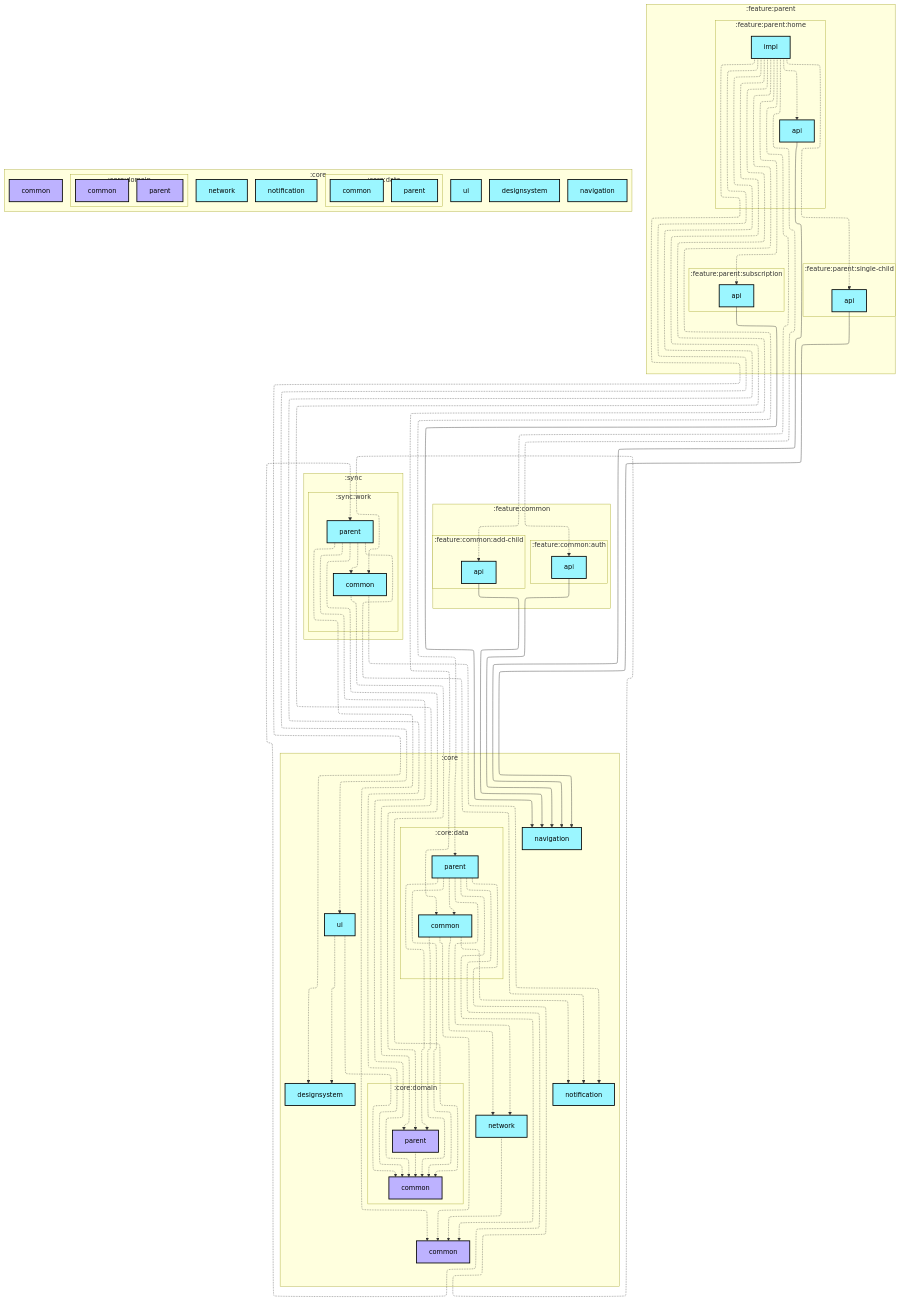
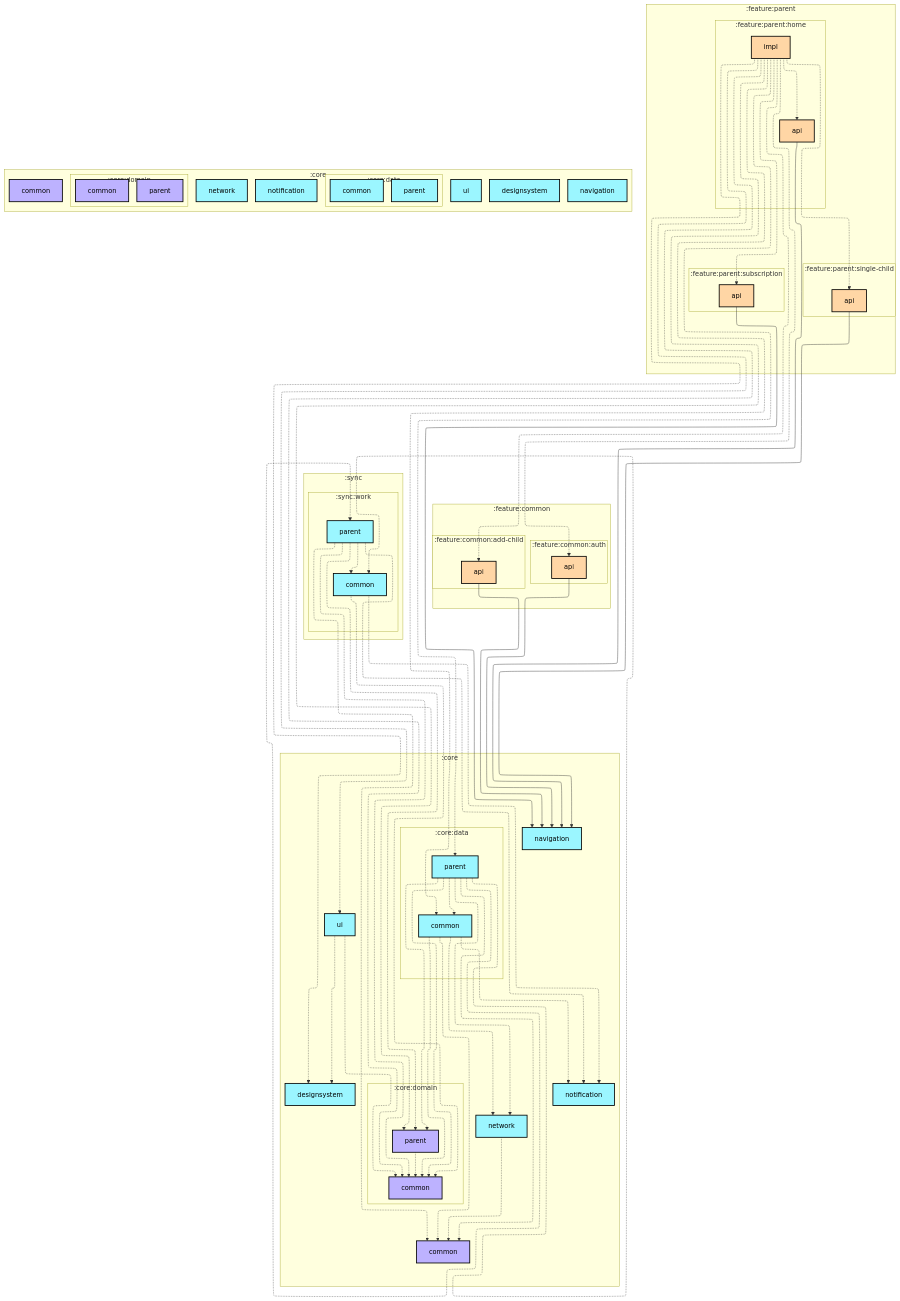
The first of 2 diagrams in architecture/ParentalControlApps/feature/parent/home/impl/README.md (jadavchirag/jadavchirag), drawn with Mermaid before and after one commit. The commit also changed 26 other files, not shown here.

Commit message:
fixed feature module colors in graphs

```diff
--- a/architecture/ParentalControlApps/feature/parent/home/impl/README.md
+++ b/architecture/ParentalControlApps/feature/parent/home/impl/README.md
@@ -15,16 +15,16 @@
     direction TB
     subgraph :feature:parent:home
       direction TB
-      :feature:parent:home:api[api]:::android-library
-      :feature:parent:home:impl[impl]:::android-library
+      :feature:parent:home:api[api]:::android-feature
+      :feature:parent:home:impl[impl]:::android-feature
     end
     subgraph :feature:parent:single-child
       direction TB
-      :feature:parent:single-child:api[api]:::android-library
+      :feature:parent:single-child:api[api]:::android-feature
     end
     subgraph :feature:parent:subscription
       direction TB
-      :feature:parent:subscription:api[api]:::android-library
+      :feature:parent:subscription:api[api]:::android-feature
     end
   end
   subgraph :core
@@ -53,11 +53,11 @@
     direction TB
     subgraph :feature:common:add-child
       direction TB
-      :feature:common:add-child:api[api]:::android-library
+      :feature:common:add-child:api[api]:::android-feature
     end
     subgraph :feature:common:auth
       direction TB
-      :feature:common:auth:api[api]:::android-library
+      :feature:common:auth:api[api]:::android-feature
     end
   end
   subgraph :sync
```
